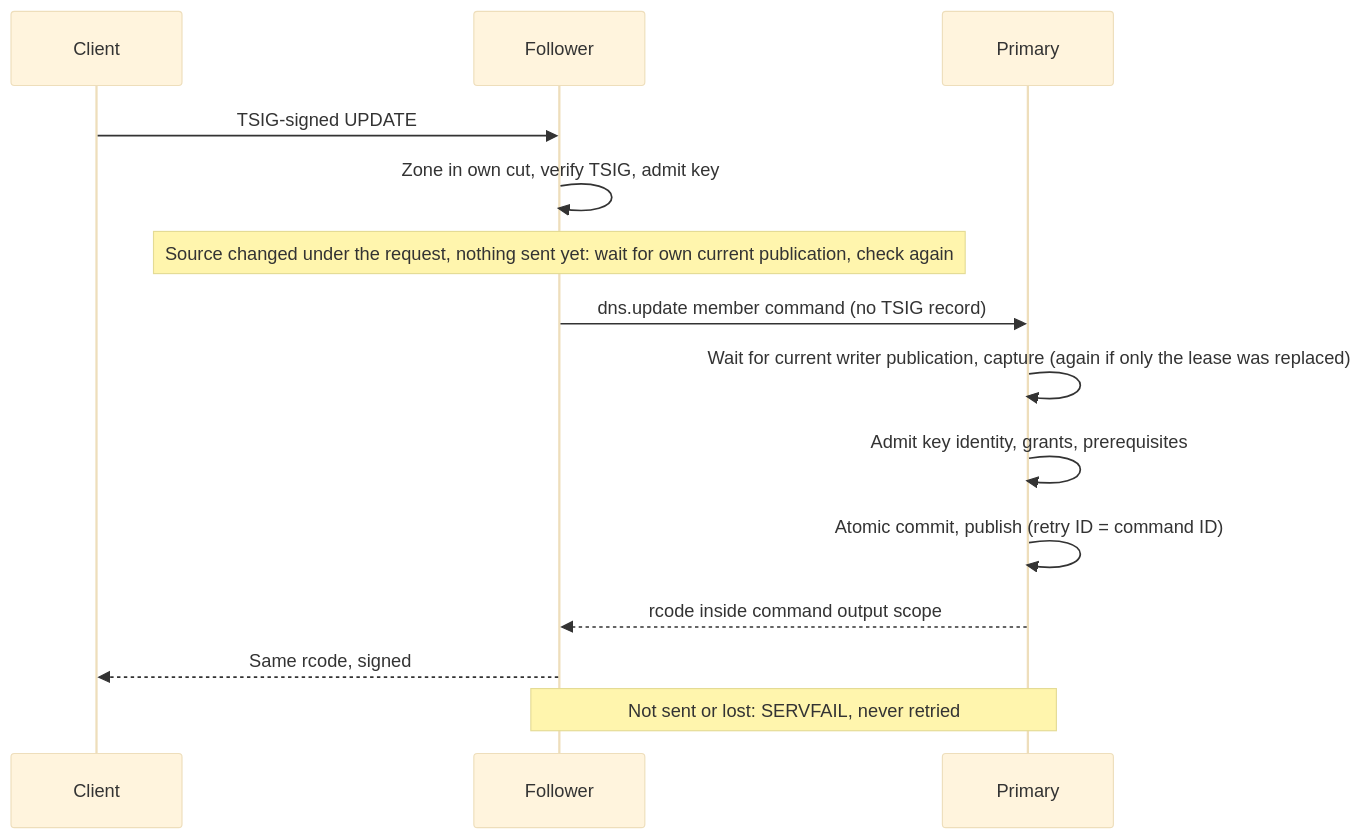
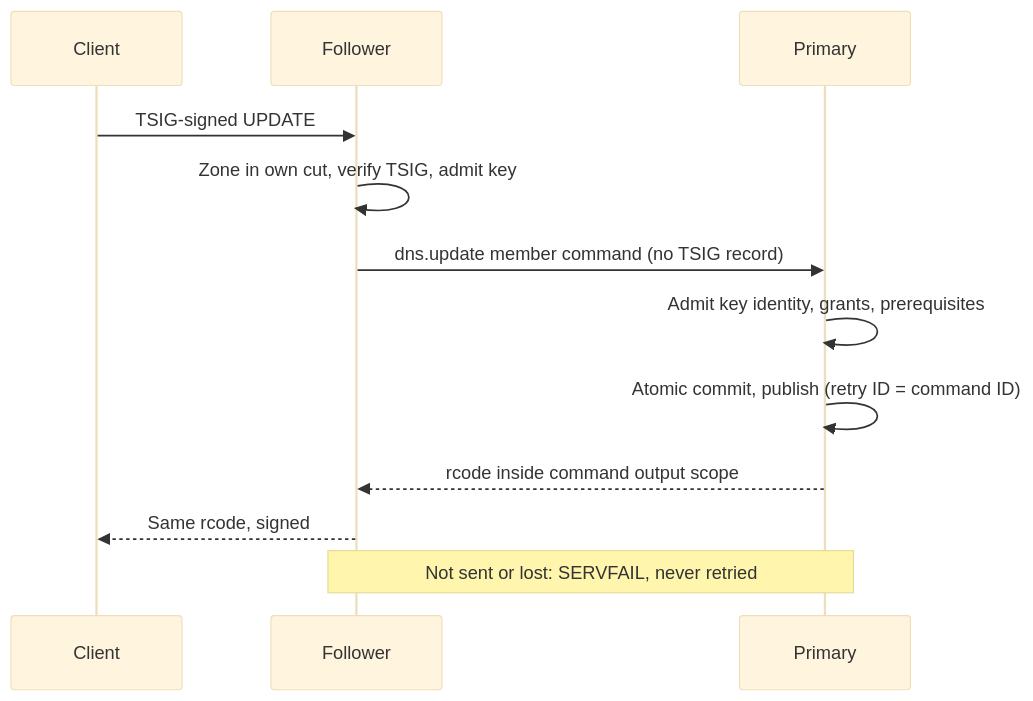
One commit to robertherbaugh/kudurru changed diagram 11 of 13 in docs/architecture/zones.md. Above: the diagram before and after it, drawn with Mermaid (base theme). The commit also changed other lines of this file and 37 other files, not shown here.

````diff
--- a/docs/architecture/zones.md
+++ b/docs/architecture/zones.md
@@ -1095,16 +1066,14 @@
 ```mermaid
 sequenceDiagram
     participant C as Client
     participant F as Follower
     participant P as Primary
     C->>F: TSIG-signed UPDATE
     F->>F: Zone in own cut, verify TSIG, admit key
-    Note over F: Source changed under the request, nothing sent yet: wait for own current publication, check again
     F->>P: dns.update member command (no TSIG record)
-    P->>P: Wait for current writer publication, capture (again if only the lease was replaced)
     P->>P: Admit key identity, grants, prerequisites
     P->>P: Atomic commit, publish (retry ID = command ID)
     P-->>F: rcode inside command output scope
     F-->>C: Same rcode, signed
     Note over F,P: Not sent or lost: SERVFAIL, never retried
 ```
````
